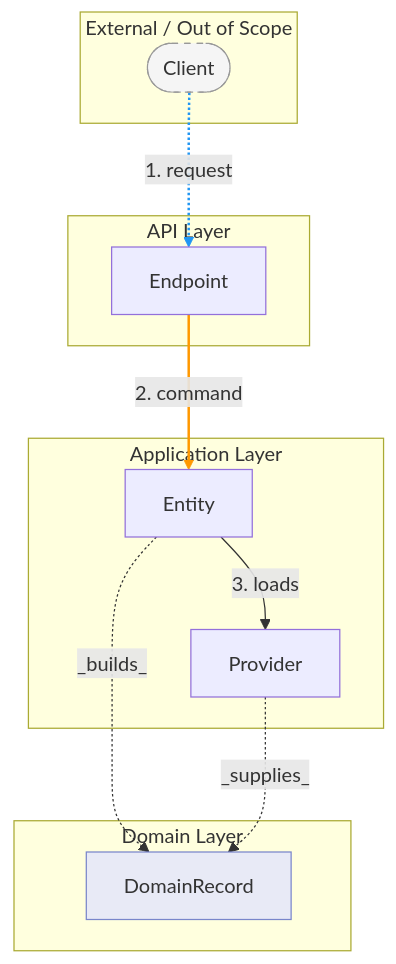
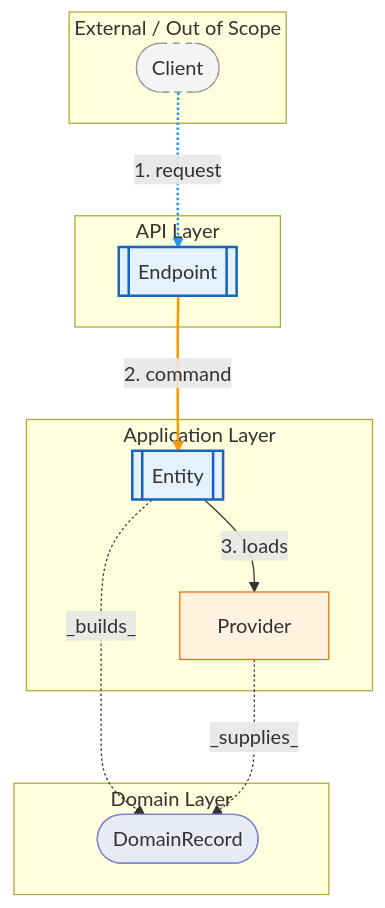
One commit to aklikic/openspec-diagrams-plugin changed the first of 3 diagrams in .apm/skills/diagrams/design-diagrams.template.md. Above: the diagram before and after it, drawn with Mermaid. The commit also changed other lines of this file and 1 other file, not shown here.

````diff
--- a/.apm/skills/diagrams/design-diagrams.template.md
+++ b/.apm/skills/diagrams/design-diagrams.template.md
@@ -78,31 +94,35 @@
 ```mermaid
 flowchart TD
     subgraph ext["External / Out of Scope"]
-        Client([Client])
+        Client(["Client"])
     end
 
     subgraph api["API Layer"]
-        EP[Endpoint]
+        EP[["Endpoint"]]
     end
 
     subgraph application["Application Layer"]
-        Entity[Entity]
-        Provider[Provider]
+        Entity[["Entity"]]
+        Provider["Provider"]
     end
 
     subgraph domain["Domain Layer"]
-        Record[DomainRecord]
+        Record(["DomainRecord"])
     end
 
     Client -.->|"1. request"| EP
     EP ==>|"2. command"| Entity
     Entity -->|"3. loads"| Provider
     Entity -.->|"_builds_"| Record
     Provider -.->|"_supplies_"| Record
 
     style Client stroke-dasharray:5 5,stroke:#999,fill:#f5f5f5,color:#333
+    style EP fill:#E3F2FD,stroke:#1565C0,stroke-width:2px,color:#333
+    style Entity fill:#E3F2FD,stroke:#1565C0,stroke-width:2px,color:#333
+    style Provider fill:#FFF3E0,stroke:#EF6C00,color:#333
+    style Record fill:#E8EAF6,stroke:#7986CB,color:#333
     style Record fill:#E8EAF6,stroke:#7986CB,color:#333
 
     linkStyle 0 stroke:#2196F3,stroke-width:2px
     linkStyle 1 stroke:#FF9800,stroke-width:2px
 ```
````
